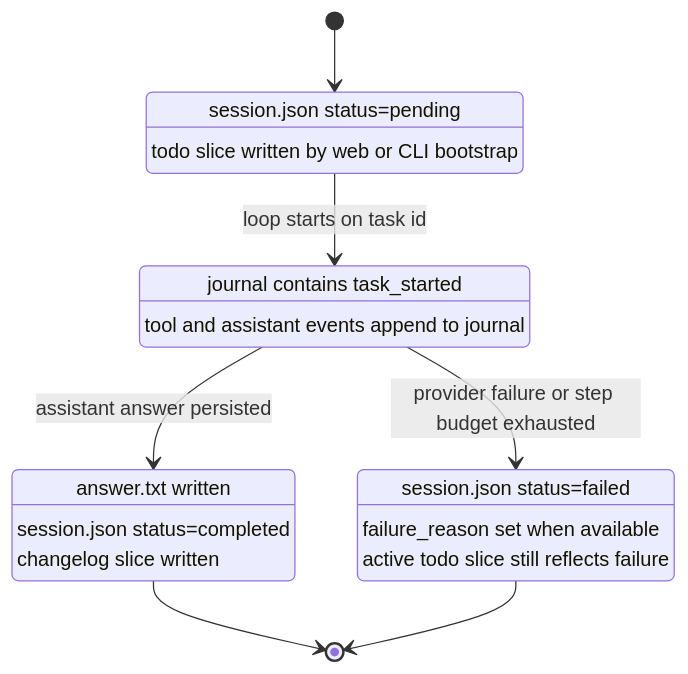
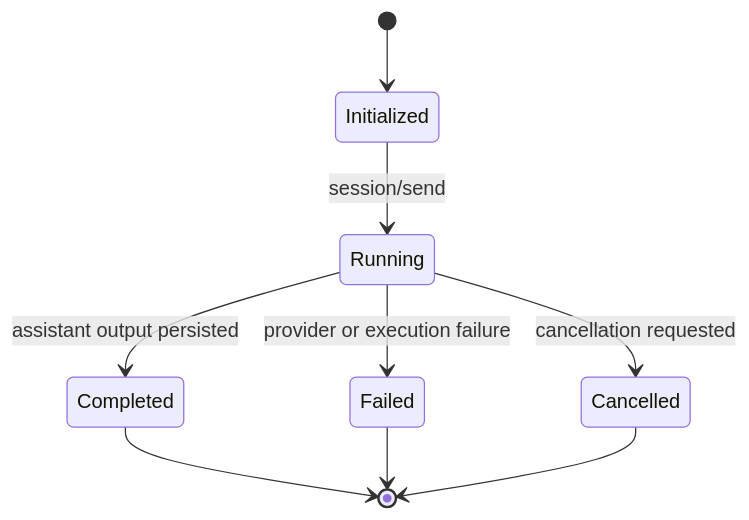
Before and after one commit to savageops/VANTARI-ONE: the third of 3 diagrams in apps/backend/variant-1/architecture.md, drawn with Mermaid. The commit also changed other lines of this file and 44 other files, not shown here.

````diff
--- a/apps/backend/variant-1/architecture.md
+++ b/apps/backend/variant-1/architecture.md
@@ -127,23 +73,13 @@
 ```mermaid
 stateDiagram-v2
-  [*] --> Pending
-  Pending: session.json status=pending
-  Pending: todo slice written by web or CLI bootstrap
+  [*] --> Initialized
 
-  Pending --> Running: loop starts on task id
-  Running: journal contains task_started
-  Running: tool and assistant events append to journal
-
-  Running --> Completed: assistant answer persisted
-  Completed: answer.txt written
-  Completed: session.json status=completed
-  Completed: changelog slice written
-
-  Running --> Failed: provider failure or step budget exhausted
-  Failed: session.json status=failed
-  Failed: failure_reason set when available
-  Failed: active todo slice still reflects failure
+  Initialized --> Running: session/send
+  Running --> Completed: assistant output persisted
+  Running --> Failed: provider or execution failure
+  Running --> Cancelled: cancellation requested
 
   Completed --> [*]
   Failed --> [*]
+  Cancelled --> [*]
 ```
````
